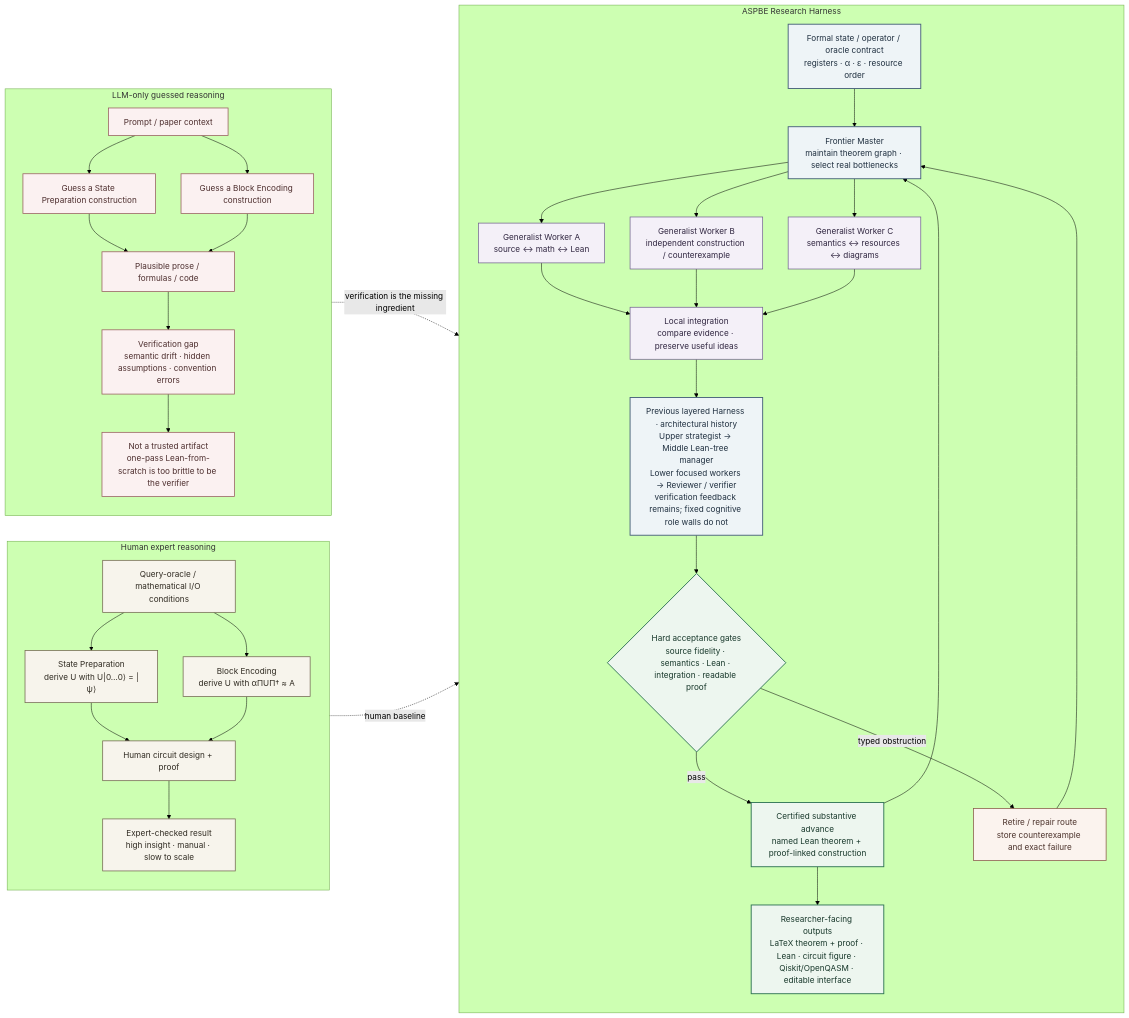
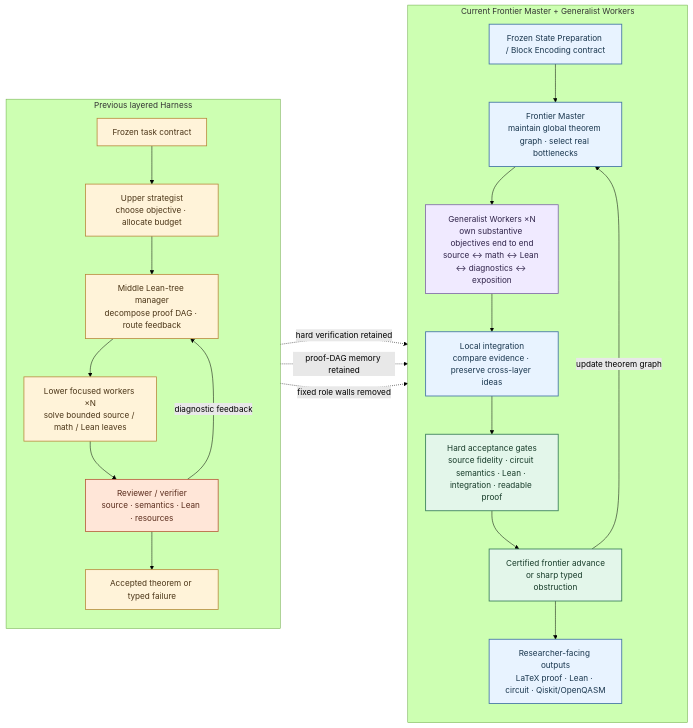
One commit to DakeBU/Quantum-Computing-Block-Encoding changed the diagram in website/diagrams/candidate-lifecycle.mmd. Above: the diagram before and after it, drawn with Mermaid (forest theme). The commit also changed 3 other files, not shown here.

```diff
--- a/website/diagrams/candidate-lifecycle.mmd
+++ b/website/diagrams/candidate-lifecycle.mmd
@@ -1,56 +1,40 @@
 flowchart LR
-  subgraph H["Human expert reasoning"]
+  subgraph OLD["Previous layered Harness"]
     direction TB
-    H0["Query-oracle / mathematical I/O conditions"]
-    H0 --> HSP["State Preparation<br/>derive U with U|0…0⟩ = |ψ⟩"]
-    H0 --> HBE["Block Encoding<br/>derive U with αΠUΠ† ≈ A"]
-    HSP --> HP["Human circuit design + proof"]
-    HBE --> HP
-    HP --> HH["Expert-checked result<br/>high insight · manual · slow to scale"]
+    O0["Frozen task contract"]
+    O1["Upper strategist<br/>choose objective · allocate budget"]
+    O2["Middle Lean-tree manager<br/>decompose proof DAG · route feedback"]
+    O3["Lower focused workers ×N<br/>solve bounded source / math / Lean leaves"]
+    O4["Reviewer / verifier<br/>source · semantics · Lean · resources"]
+    O5["Accepted theorem or typed failure"]
+    O0 --> O1 --> O2 --> O3 --> O4 --> O5
+    O4 -- "diagnostic feedback" --> O2
   end
 
-  subgraph L["LLM-only guessed reasoning"]
+  subgraph NEW["Current Frontier Master + Generalist Workers"]
     direction TB
-    L0["Prompt / paper context"]
-    L0 --> LSP["Guess a State Preparation construction"]
-    L0 --> LBE["Guess a Block Encoding construction"]
-    LSP --> LO["Plausible prose / formulas / code"]
-    LBE --> LO
-    LO --> LF["Verification gap<br/>semantic drift · hidden assumptions · convention errors"]
-    LF --> LX["Not a trusted artifact<br/>one-pass Lean-from-scratch is too brittle to be the verifier"]
+    N0["Frozen State Preparation / Block Encoding contract"]
+    N1["Frontier Master<br/>maintain global theorem graph · select real bottlenecks"]
+    N2["Generalist Workers ×N<br/>own substantive objectives end to end<br/>source ↔ math ↔ Lean ↔ diagnostics ↔ exposition"]
+    N3["Local integration<br/>compare evidence · preserve cross-layer ideas"]
+    N4["Hard acceptance gates<br/>source fidelity · circuit semantics · Lean · integration · readable proof"]
+    N5["Certified frontier advance<br/>or sharp typed obstruction"]
+    N6["Researcher-facing outputs<br/>LaTeX proof · Lean · circuit · Qiskit/OpenQASM"]
+    N0 --> N1 --> N2 --> N3 --> N4 --> N5 --> N6
+    N5 -- "update theorem graph" --> N1
   end
 
-  subgraph A["ASPBE Research Harness"]
-    direction TB
-    A0["Formal state / operator / oracle contract<br/>registers · α · ε · resource order"]
-    A0 --> M["Frontier Master<br/>maintain theorem graph · select real bottlenecks"]
-    M --> W1["Generalist Worker A<br/>source ↔ math ↔ Lean"]
-    M --> W2["Generalist Worker B<br/>independent construction / counterexample"]
-    M --> W3["Generalist Worker C<br/>semantics ↔ resources ↔ diagrams"]
-    W1 --> I["Local integration<br/>compare evidence · preserve useful ideas"]
-    W2 --> I
-    W3 --> I
-    I --> R["Previous layered Harness · architectural history<br/>Upper strategist → Middle Lean-tree manager<br/>Lower focused workers → Reviewer / verifier<br/>verification feedback remains; fixed cognitive role walls do not"]
-    R --> G{"Hard acceptance gates<br/>source fidelity · semantics · Lean · integration · readable proof"}
-    G -- "pass" --> C["Certified substantive advance<br/>named Lean theorem + proof-linked construction"]
-    G -- "typed obstruction" --> F["Retire / repair route<br/>store counterexample and exact failure"]
-    F --> M
-    C --> O["Researcher-facing outputs<br/>LaTeX theorem + proof · Lean · circuit figure · Qiskit/OpenQASM · editable interface"]
-    C --> M
-  end
+  O4 -. "hard verification retained" .-> N4
+  O2 -. "proof-DAG memory retained" .-> N1
+  O3 -. "fixed role walls removed" .-> N2
 
-  HH -. "human baseline" .-> A0
-  LX -. "verification is the missing ingredient" .-> A0
-
-  classDef human fill:#f7f4ec,stroke:#756a54,color:#302b22,stroke-width:1.5px;
-  classDef llm fill:#fbf1f1,stroke:#985f5f,color:#4d2e2e,stroke-width:1.5px;
-  classDef master fill:#eef4f7,stroke:#465f7a,color:#203040,stroke-width:1.8px;
-  classDef worker fill:#f4f0f8,stroke:#71608f,color:#302640,stroke-width:1.4px;
-  classDef proof fill:#edf6ef,stroke:#2f7355,color:#18382b,stroke-width:1.8px;
-  classDef fail fill:#fbf3ee,stroke:#8a5a4a,color:#4c332c,stroke-width:1.5px;
-  class H0,HSP,HBE,HP,HH human;
-  class L0,LSP,LBE,LO,LF,LX llm;
-  class A0,M,R master;
-  class W1,W2,W3,I worker;
-  class G,C,O proof;
-  class F fail;
+  classDef old fill:#fff3d9,stroke:#b78638,color:#4b3517,stroke-width:1.5px;
+  classDef oldGate fill:#ffe6d8,stroke:#b85d3b,color:#5a2c1c,stroke-width:1.6px;
+  classDef master fill:#e8f3ff,stroke:#4778a6,color:#19364e,stroke-width:1.7px;
+  classDef worker fill:#f0eaff,stroke:#7960a5,color:#30244a,stroke-width:1.5px;
+  classDef gate fill:#e3f6ea,stroke:#3b805a,color:#173b29,stroke-width:1.7px;
+  class O0,O1,O2,O3,O5 old;
+  class O4 oldGate;
+  class N0,N1,N3,N6 master;
+  class N2 worker;
+  class N4,N5 gate;
```
